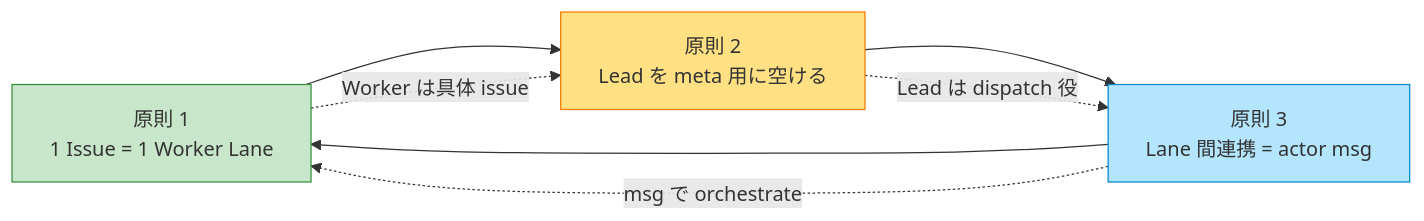
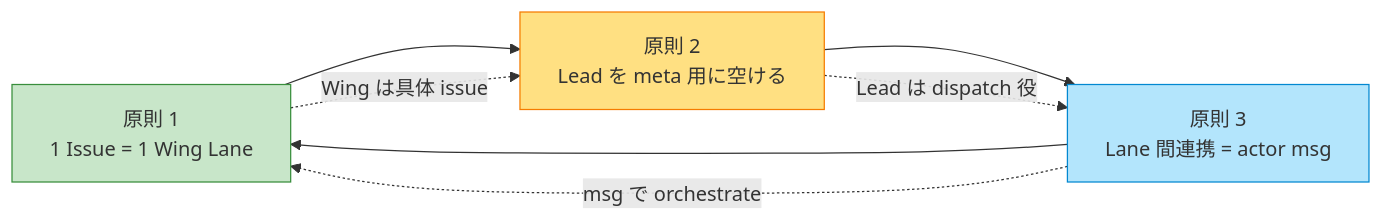
Before and after one commit to chronista-club/vantage-point: the fourth of 7 diagrams in docs/design/07-lane-as-process.md, drawn with Mermaid. The commit also changed other lines of this file and 29 other files, not shown here.

First line of the commit message:
refactor: complete Worker → Wing rename + legacy alias 一掃

````diff
--- a/docs/design/07-lane-as-process.md
+++ b/docs/design/07-lane-as-process.md
@@ -358,14 +358,14 @@
 ```mermaid
 graph LR
-    P1["原則 1<br/>1 Issue = 1 Worker Lane"] --> P2["原則 2<br/>Lead を meta 用に空ける"]
+    P1["原則 1<br/>1 Issue = 1 Wing Lane"] --> P2["原則 2<br/>Lead を meta 用に空ける"]
     P2 --> P3["原則 3<br/>Lane 間連携 = actor msg"]
     P3 --> P1
 
-    P1 -. "Worker は具体 issue" .-> P2
+    P1 -. "Wing は具体 issue" .-> P2
     P2 -. "Lead は dispatch 役" .-> P3
     P3 -. "msg で orchestrate" .-> P1
 
     style P1 fill:#c8e6c9,stroke:#388e3c
     style P2 fill:#ffe082,stroke:#f57c00
     style P3 fill:#b3e5fc,stroke:#0288d1
 ```
````
